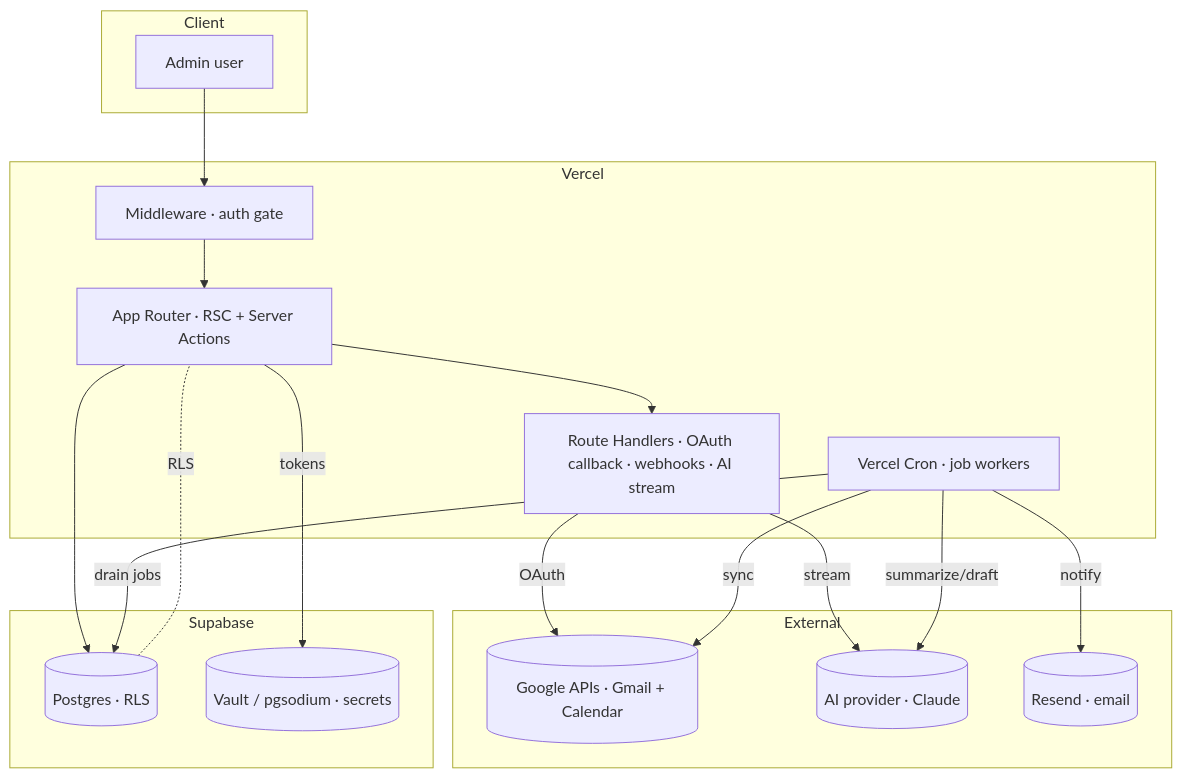
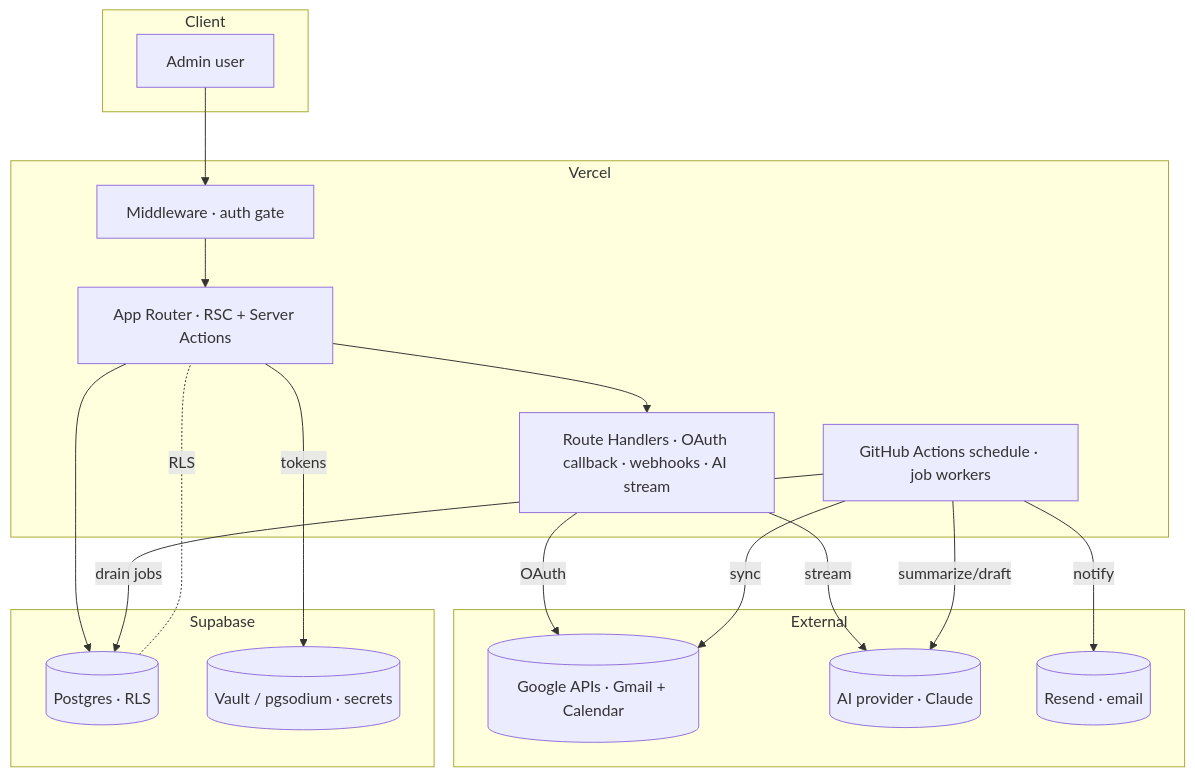
The first of 7 diagrams in docs/architecture/PHASE_3_ARCHITECTURE.md (ChaturvediShivam/shivam-portfolio), drawn with Mermaid before and after one commit. The commit also changed other lines of this file and 11 other files, not shown here.

First line of the commit message:
fix(deploy): remove the unsupported Vercel Cron entry

````diff
--- a/docs/architecture/PHASE_3_ARCHITECTURE.md
+++ b/docs/architecture/PHASE_3_ARCHITECTURE.md
@@ -83,33 +83,33 @@
 ```mermaid
 flowchart TB
     subgraph Client
       U[Admin user]
     end
     subgraph Vercel
       MW[Middleware · auth gate]
       APP[App Router · RSC + Server Actions]
       RH[Route Handlers · OAuth callback · webhooks · AI stream]
-      CRON[Vercel Cron · job workers]
+      CRON[GitHub Actions schedule · job workers]
     end
     subgraph External
       G[(Google APIs · Gmail + Calendar)]
       LLM[(AI provider · Claude)]
       RESEND[(Resend · email)]
     end
     subgraph Supabase
       DB[(Postgres · RLS)]
       VAULT[(Vault / pgsodium · secrets)]
     end
 
     U --> MW --> APP
     APP --> DB
     APP --> RH
     RH -->|OAuth| G
     RH -->|stream| LLM
     CRON -->|drain jobs| DB
     CRON -->|sync| G
     CRON -->|summarize/draft| LLM
     CRON -->|notify| RESEND
     APP -->|tokens| VAULT
     DB -. RLS .- APP
 ```
````
